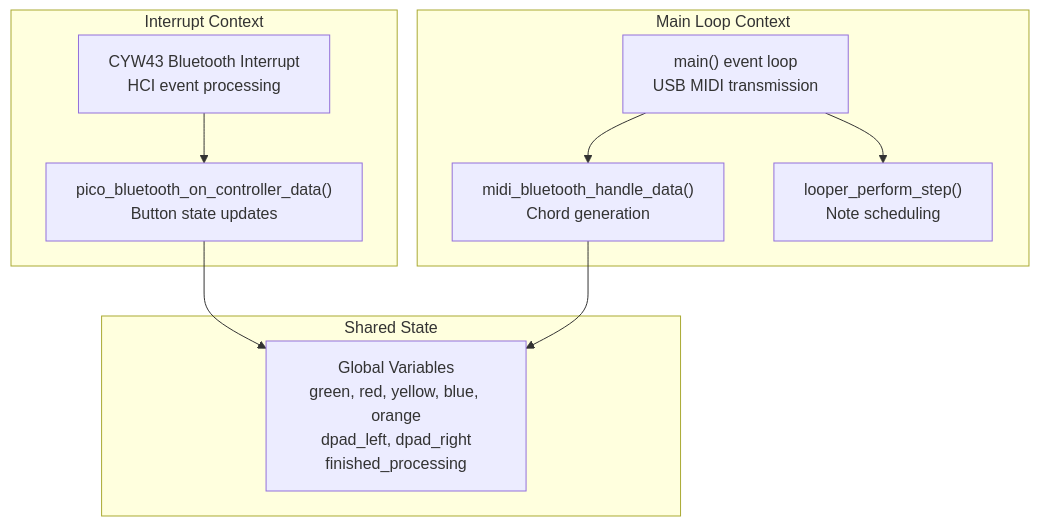
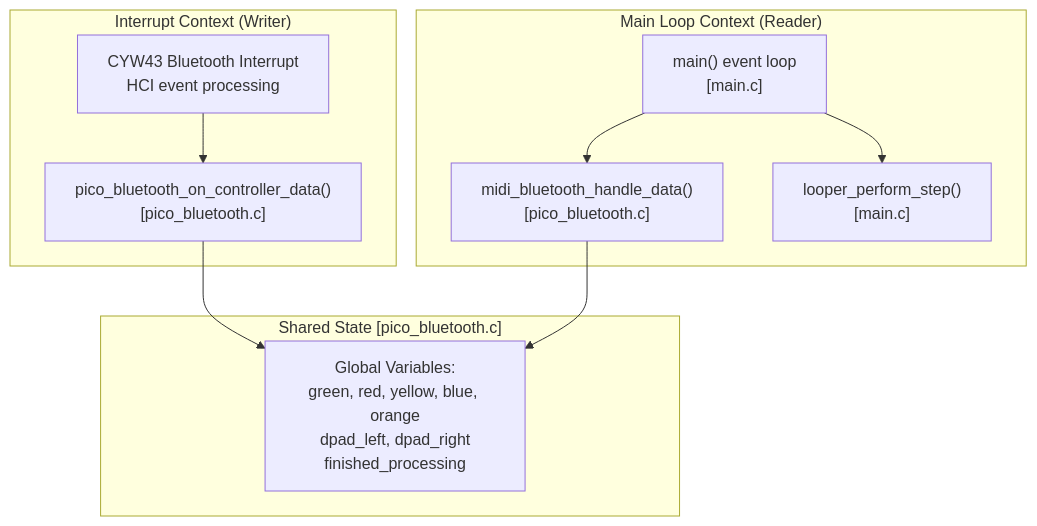
Before and after one commit to Jus-Be/orinayo-pico: the first of 4 diagrams in wiki/8.3-synchronization-primitives.md, drawn with Mermaid. The commit also changed other lines of this file and 42 other files, not shown here.

````diff
--- a/wiki/8.3-synchronization-primitives.md
+++ b/wiki/8.3-synchronization-primitives.md
@@ -28,31 +40,31 @@
 ```mermaid
 flowchart TD
 
 BTInterrupt["CYW43 Bluetooth Interrupt<br>HCI event processing"]
-HIDCallback["pico_bluetooth_on_controller_data()<br>Button state updates"]
-MainLoop["main() event loop<br>USB MIDI transmission"]
-MIDIProcess["midi_bluetooth_handle_data()<br>Chord generation"]
-Looper["looper_perform_step()<br>Note scheduling"]
-GlobalVars["Global Variables<br>green, red, yellow, blue, orange<br>dpad_left, dpad_right<br>finished_processing"]
+HIDCallback["pico_bluetooth_on_controller_data()<br>[pico_bluetooth.c]"]
+MainLoop["main() event loop<br>[main.c]"]
+MIDIProcess["midi_bluetooth_handle_data()<br>[pico_bluetooth.c]"]
+Looper["looper_perform_step()<br>[main.c]"]
+GlobalVars["Global Variables:<br>green, red, yellow, blue, orange<br>dpad_left, dpad_right<br>finished_processing"]
 
 HIDCallback --> GlobalVars
 MIDIProcess --> GlobalVars
 
-subgraph subGraph2 ["Shared State"]
+subgraph subGraph2 ["Shared State [pico_bluetooth.c]"]
     GlobalVars
 end
 
-subgraph subGraph1 ["Main Loop Context"]
+subgraph subGraph1 ["Main Loop Context (Reader)"]
     MainLoop
     MIDIProcess
     Looper
     MainLoop --> MIDIProcess
     MainLoop --> Looper
 end
 
-subgraph subGraph0 ["Interrupt Context"]
+subgraph subGraph0 ["Interrupt Context (Writer)"]
     BTInterrupt
     HIDCallback
     BTInterrupt --> HIDCallback
 end
 ```
````
